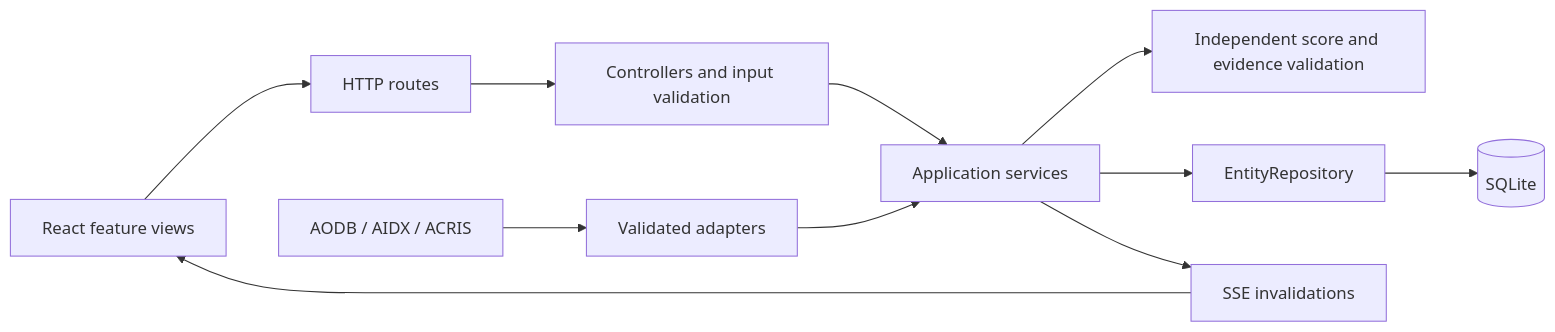
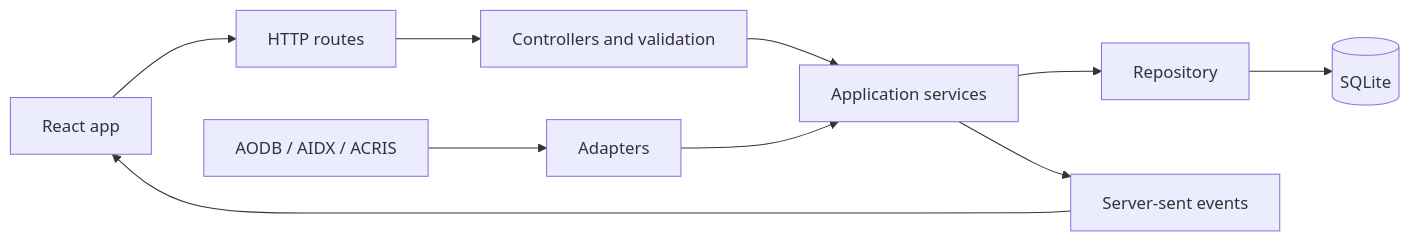
Before and after one commit to ashishj12/Meridian: the diagram in docs/ARCHITECTURE.md, drawn with Mermaid. The commit also changed other lines of this file and 10 other files, not shown here.

````diff
--- a/docs/ARCHITECTURE.md
+++ b/docs/ARCHITECTURE.md
@@ -5,13 +5,12 @@
 ```mermaid
 flowchart LR
-  Browser[React feature views] --> Routes[HTTP routes]
-  Routes --> Controllers[Controllers and input validation]
+  Browser[React app] --> Routes[HTTP routes]
+  Routes --> Controllers[Controllers and validation]
   Controllers --> Services[Application services]
-  Services --> Model[Independent score and evidence validation]
-  Services --> Repository[EntityRepository]
+  Services --> Repository[Repository]
   Repository --> SQLite[(SQLite)]
-  Sources[AODB / AIDX / ACRIS] --> Adapters[Validated adapters]
+  Feeds[AODB / AIDX / ACRIS] --> Adapters[Adapters]
   Adapters --> Services
-  Services --> SSE[SSE invalidations]
+  Services --> SSE[Server-sent events]
   SSE --> Browser
 ```
````
